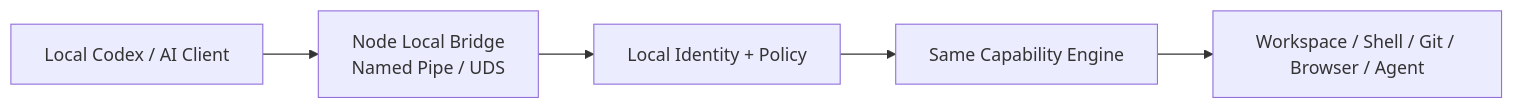
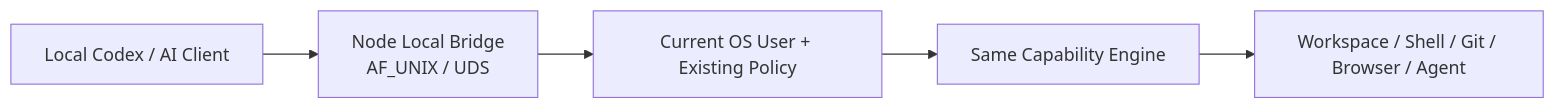
Before and after one commit to isguang2024/fast-spider: the third of 6 diagrams in docs/02-system-architecture.md, drawn with Mermaid. The commit also changed other lines of this file and 35 other files, not shown here.

Commit message:
feat: add local bridge and codex control

````diff
--- a/docs/02-system-architecture.md
+++ b/docs/02-system-architecture.md
@@ -97,10 +97,10 @@
 ```mermaid
 flowchart LR
     LC[Local Codex / AI Client]
-    LB[Node Local Bridge<br/>Named Pipe / UDS]
-    LI[Local Identity + Policy]
+    LB[Node Local Bridge<br/>AF_UNIX / UDS]
+    LI[Current OS User + Existing Policy]
     CE[Same Capability Engine]
     Res[Workspace / Shell / Git / Browser / Agent]
 
     LC --> LB --> LI --> CE --> Res
 ```
````
